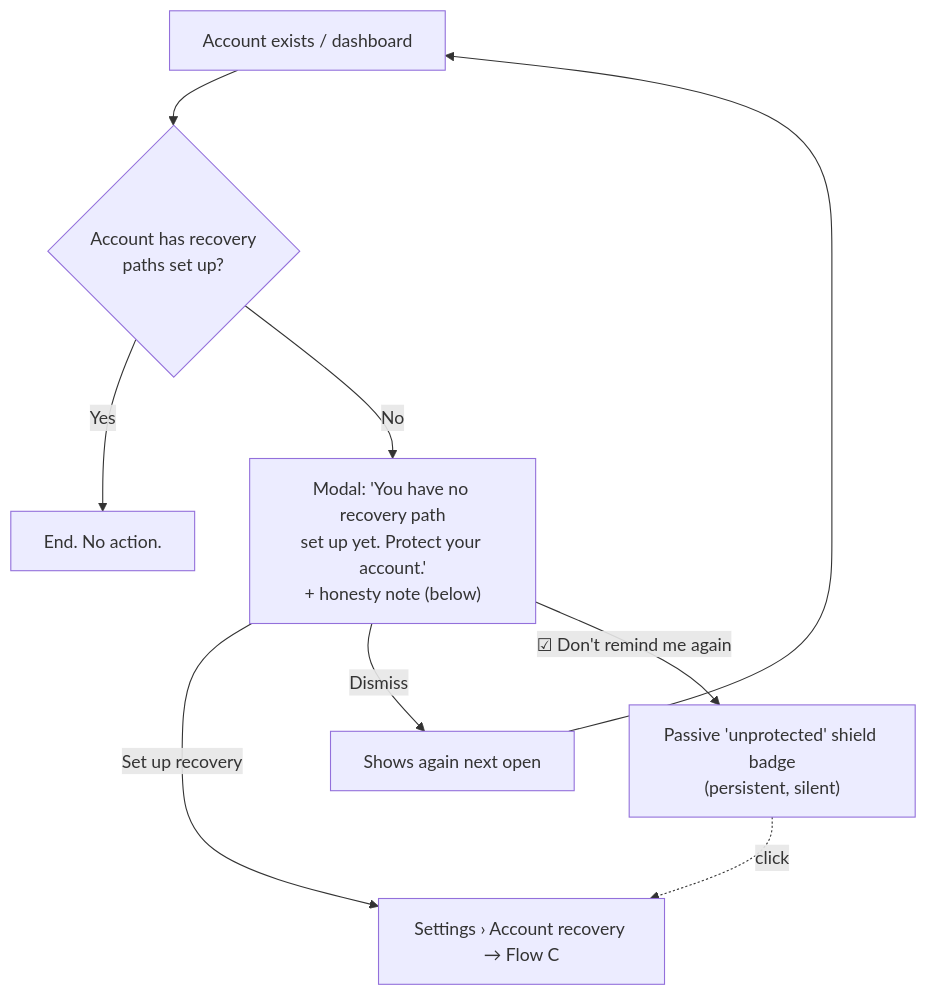
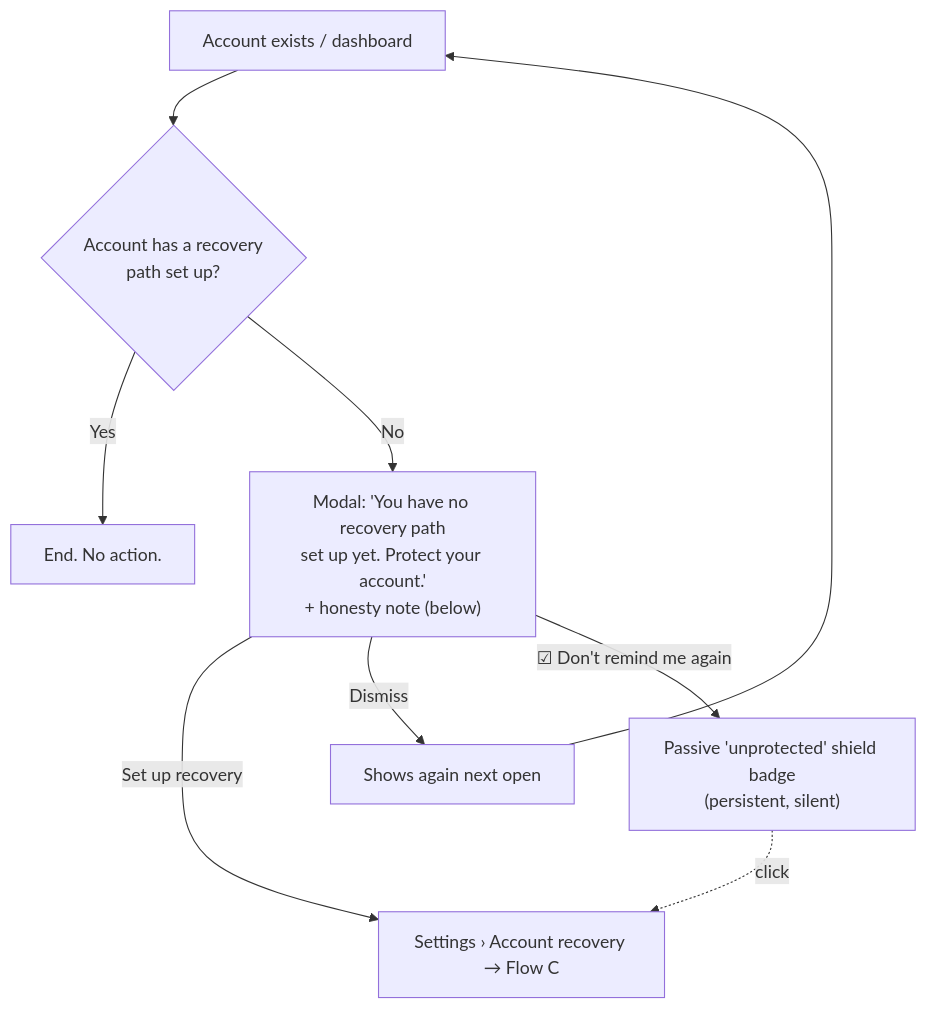
Before and after one commit to FiboAtWonder/kohaku-extension: the third of 14 diagrams in social-recovery-ux-flows.md, drawn with Mermaid. The commit also changed other lines of this file and 1 other file, not shown here.

Commit message:
docs: single-path model — decisions 73-78 (one recovery path, 24h floor, zk-email receive+upload, 4337 focus)

````diff
--- a/social-recovery-ux-flows.md
+++ b/social-recovery-ux-flows.md
@@ -74,13 +74,13 @@
 ```mermaid
 flowchart TD
-    A[Account exists / dashboard] --> B{"Account has recovery<br/>paths set up?"}
+    A[Account exists / dashboard] --> B{"Account has a recovery<br/>path set up?"}
     B -- Yes --> C[End. No action.]
     B -- No --> D["Modal: 'You have no recovery path<br/>set up yet. Protect your account.'<br/>+ honesty note (below)"]
     D -->|Set up recovery| G[Settings › Account recovery → Flow C]
     D -->|Dismiss| F[Shows again next open]
     F --> A
     D -->|☑ Don't remind me again| H["Passive 'unprotected' shield badge<br/>(persistent, silent)"]
     H -. click .-> G
 
     click G href "#flow-c--recovery-setup"
 ```
````
